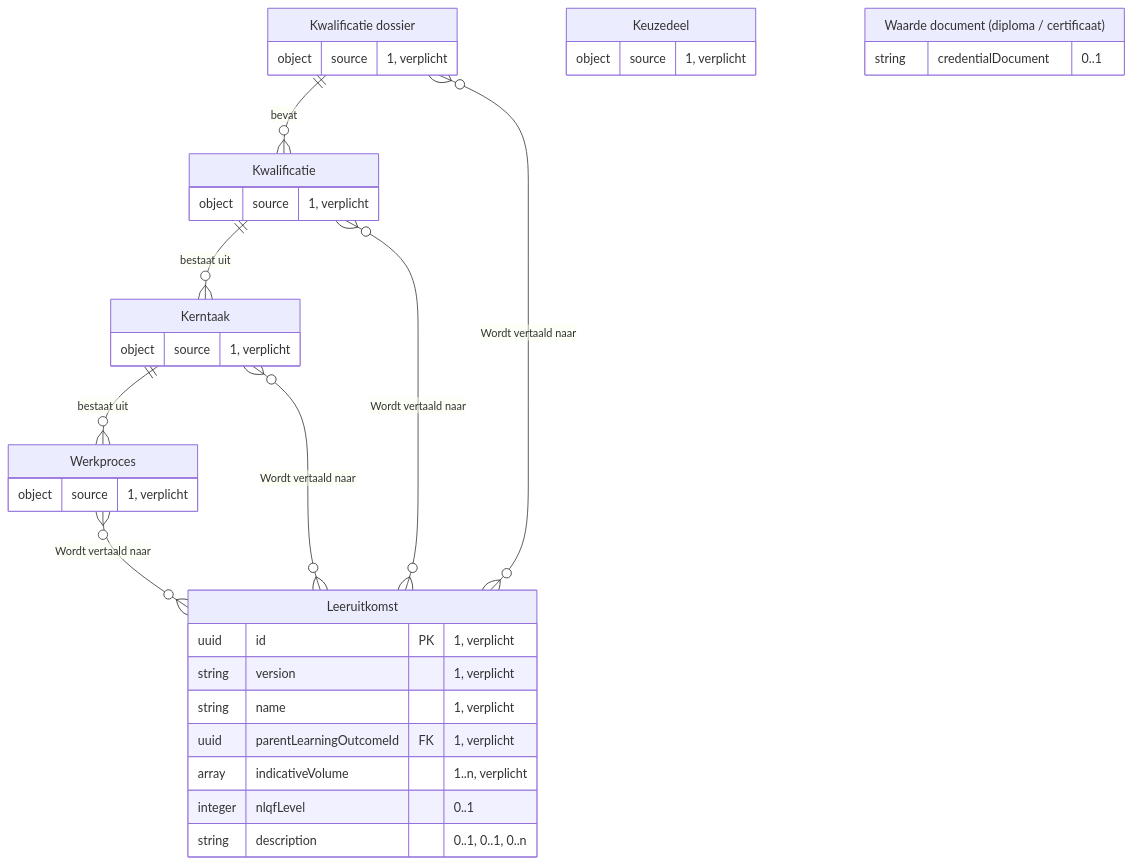
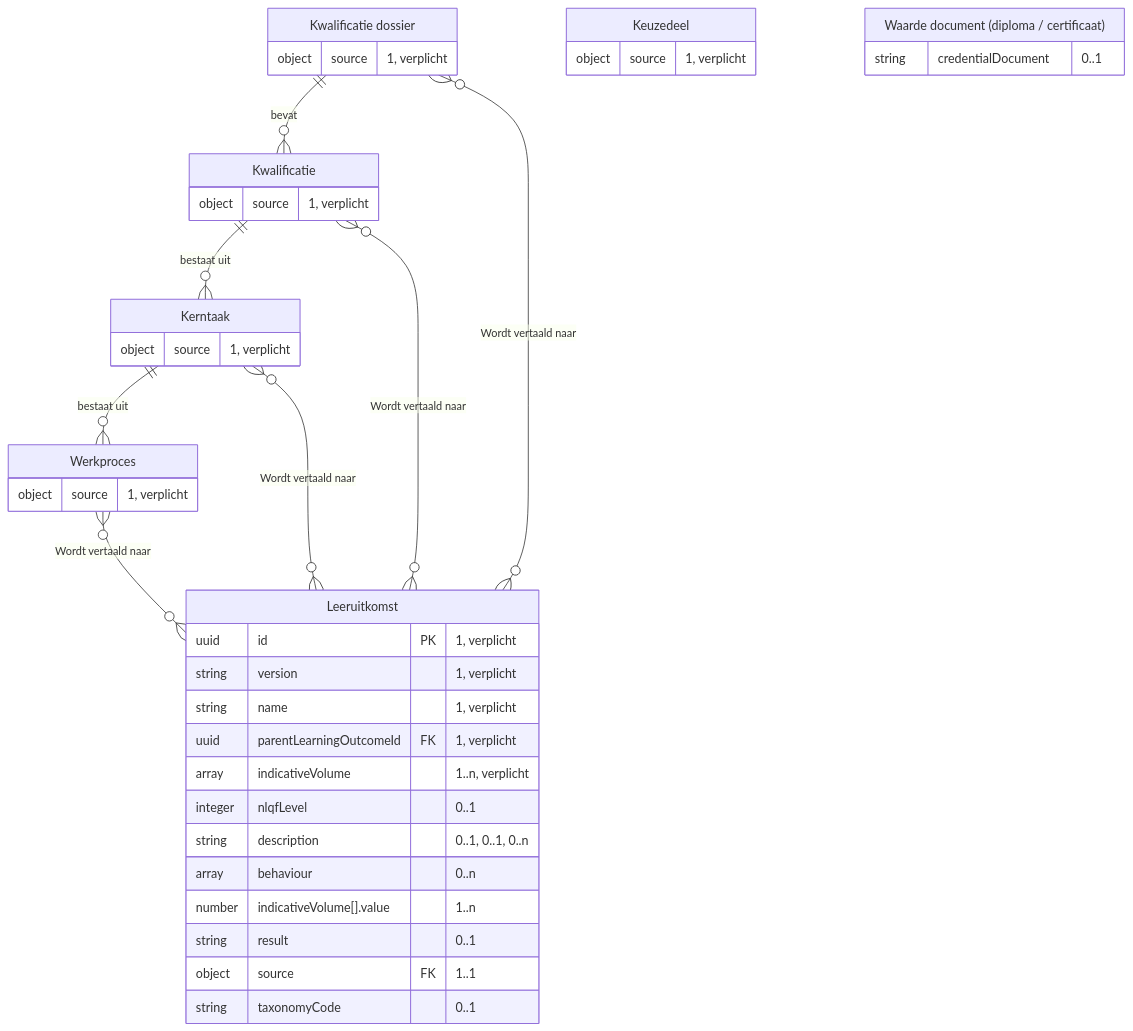
The ninth of 16 diagrams in architecture/docs/specificatie/interactie-onderwijsaanbod/is-oa-01.md (Npuls-OKx/meta), drawn with Mermaid before and after one commit. The commit also changed other lines of this file and 33 other files, not shown here.

````diff
--- a/architecture/docs/specificatie/interactie-onderwijsaanbod/is-oa-01.md
+++ b/architecture/docs/specificatie/interactie-onderwijsaanbod/is-oa-01.md
@@ -371,37 +468,42 @@
 ```mermaid
 erDiagram
     "Kerntaak" ||--o{ "Werkproces" : "bestaat uit"
     "Kwalificatie" ||--o{ "Kerntaak" : "bestaat uit"
     "Kwalificatie dossier" ||--o{ "Kwalificatie" : "bevat"
     "Kerntaak" }o--o{ "Leeruitkomst" : "Wordt vertaald naar"
     "Kwalificatie" }o--o{ "Leeruitkomst" : "Wordt vertaald naar"
     "Kwalificatie dossier" }o--o{ "Leeruitkomst" : "Wordt vertaald naar"
     "Werkproces" }o--o{ "Leeruitkomst" : "Wordt vertaald naar"
     "Leeruitkomst" {
         uuid id PK "1, verplicht"
         string version "1, verplicht"
         string name "1, verplicht"
         uuid parentLearningOutcomeId FK "1, verplicht"
         array indicativeVolume "1..n, verplicht"
         integer nlqfLevel "0..1"
         string description "0..1, 0..1, 0..n"
+        array behaviour "0..n"
+        number indicativeVolume[].value "1..n"
+        string result "0..1"
+        object source FK "1..1"
+        string taxonomyCode "0..1"
     }
     "Kwalificatie dossier" {
         object source "1, verplicht"
     }
     "Kwalificatie" {
         object source "1, verplicht"
     }
     "Kerntaak" {
         object source "1, verplicht"
     }
     "Werkproces" {
         object source "1, verplicht"
     }
     "Keuzedeel" {
         object source "1, verplicht"
     }
     "Waarde document (diploma / certificaat)" {
         string credentialDocument "0..1"
     }
 ```
````
